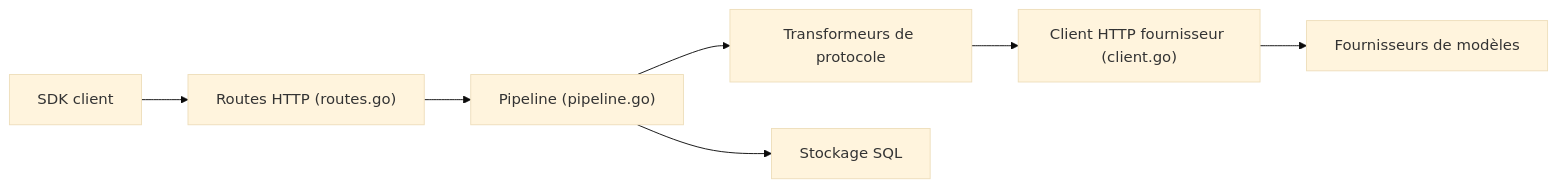
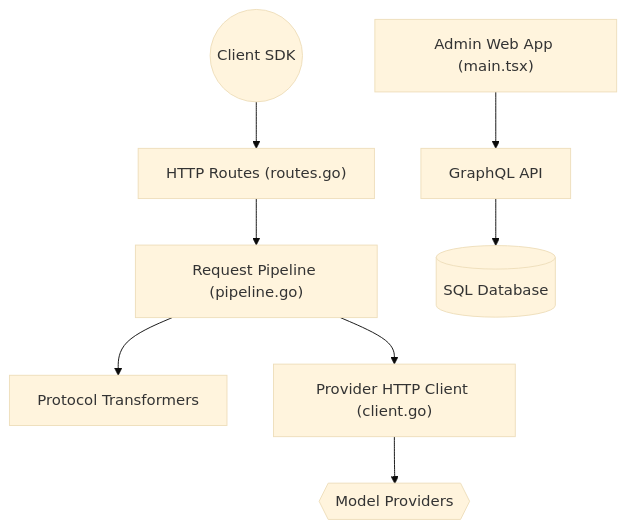
The diagram in veille/.data/fiches/looplj__axonhub.md (floSa/Veille-Repo), drawn with Mermaid (base theme) before and after one commit. The commit also changed other lines of this file and 1330 other files, not shown here.

First line of the commit message:
Mise à jour du catalogue : 7723 fiches, 7291 diagrammes

````diff
--- a/veille/.data/fiches/looplj__axonhub.md
+++ b/veille/.data/fiches/looplj__axonhub.md
@@ -27,9 +27,10 @@
 ```mermaid
-flowchart LR
-  C["SDK client"] --> R["Routes HTTP (routes.go)"]
-  R --> PL["Pipeline (pipeline.go)"]
-  PL --> T["Transformeurs de protocole"]
-  T --> H["Client HTTP fournisseur (client.go)"]
-  H --> M["Fournisseurs de modèles"]
-  PL --> DB["Stockage SQL"]
+flowchart TD
+  client(("Client SDK")) --> routes["HTTP Routes (routes.go)"]
+  routes --> pipe["Request Pipeline (pipeline.go)"]
+  pipe --> tr["Protocol Transformers"]
+  pipe --> http["Provider HTTP Client (client.go)"]
+  http --> prov{{"Model Providers"}}
+  web["Admin Web App (main.tsx)"] --> gql["GraphQL API"]
+  gql --> db[("SQL Database")]
 ```
````
